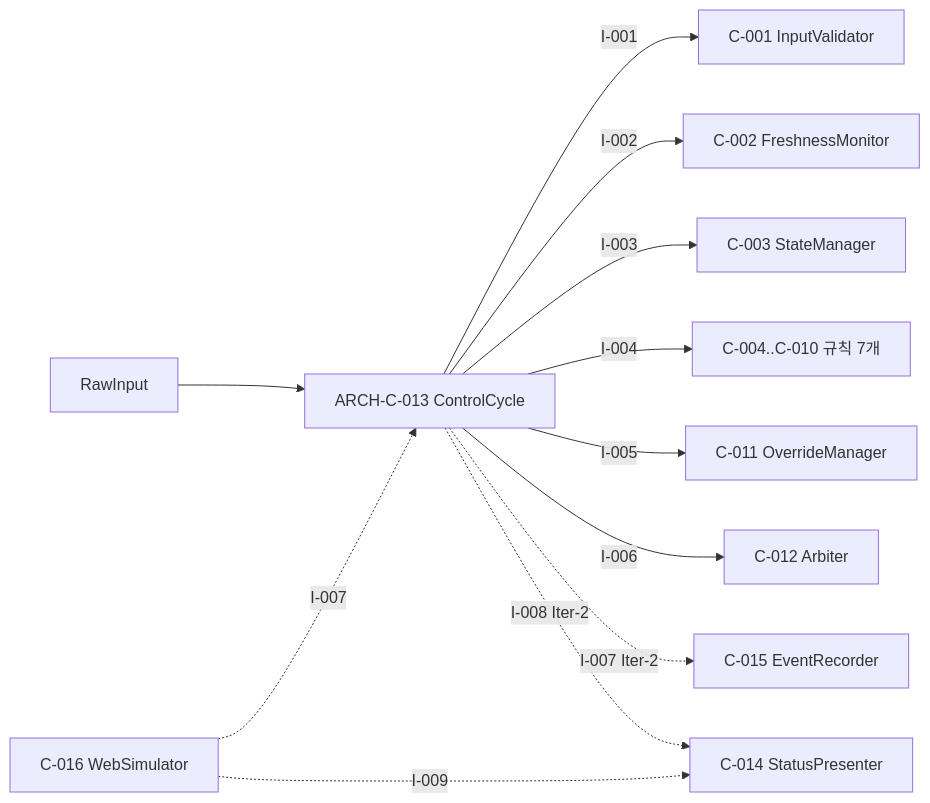
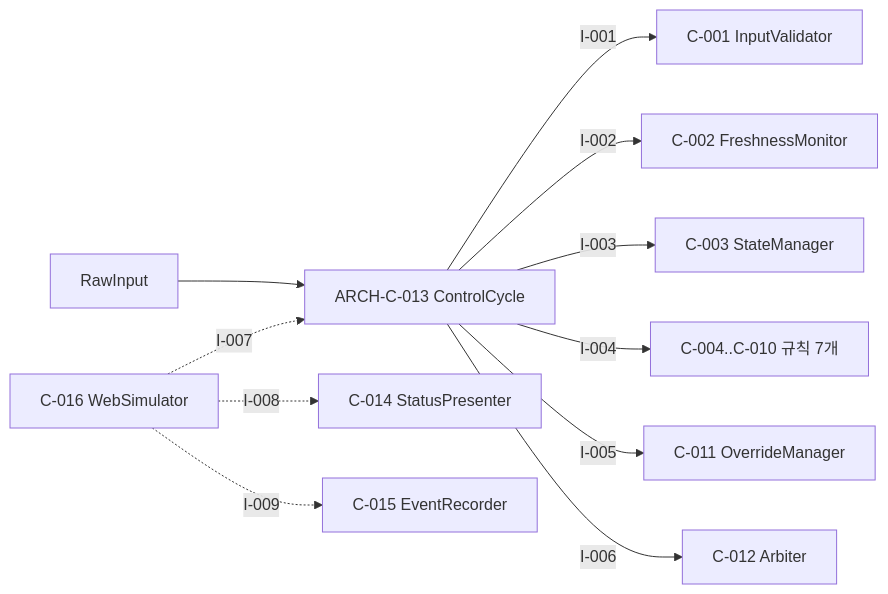
One commit to D2Papa/ClaudeClang changed the first of 2 diagrams in docs/architecture/ARCH.md. Above: the diagram before and after it, drawn with Mermaid. The commit also changed other lines of this file and 5 other files, not shown here.

Commit message:
docs(iter-2): 1차 설계 리뷰 반려 조치 (요약 이유 단일 값, Web 경로/필드 표, 문서 정합)

````diff
--- a/docs/architecture/ARCH.md
+++ b/docs/architecture/ARCH.md
@@ -25,14 +25,13 @@
 ```mermaid
 flowchart LR
     RAW[RawInput] --> C13[ARCH-C-013 ControlCycle]
     C13 -->|I-001| C01[C-001 InputValidator]
     C13 -->|I-002| C02[C-002 FreshnessMonitor]
     C13 -->|I-003| C03[C-003 StateManager]
     C13 -->|I-004| R[C-004..C-010 규칙 7개]
     C13 -->|I-005| C11[C-011 OverrideManager]
     C13 -->|I-006| C12[C-012 Arbiter]
-    C13 -.->|I-007 Iter-2| C15[C-015 EventRecorder]
-    C13 -.->|I-008 Iter-2| C14[C-014 StatusPresenter]
-    C16[C-016 WebSimulator] -.->|I-009| C14
-    C16 -.->|I-007| C13
+    C16[C-016 WebSimulator] -.->|I-007| C13
+    C16 -.->|I-008| C14[C-014 StatusPresenter]
+    C16 -.->|I-009| C15[C-015 EventRecorder]
 ```
````
